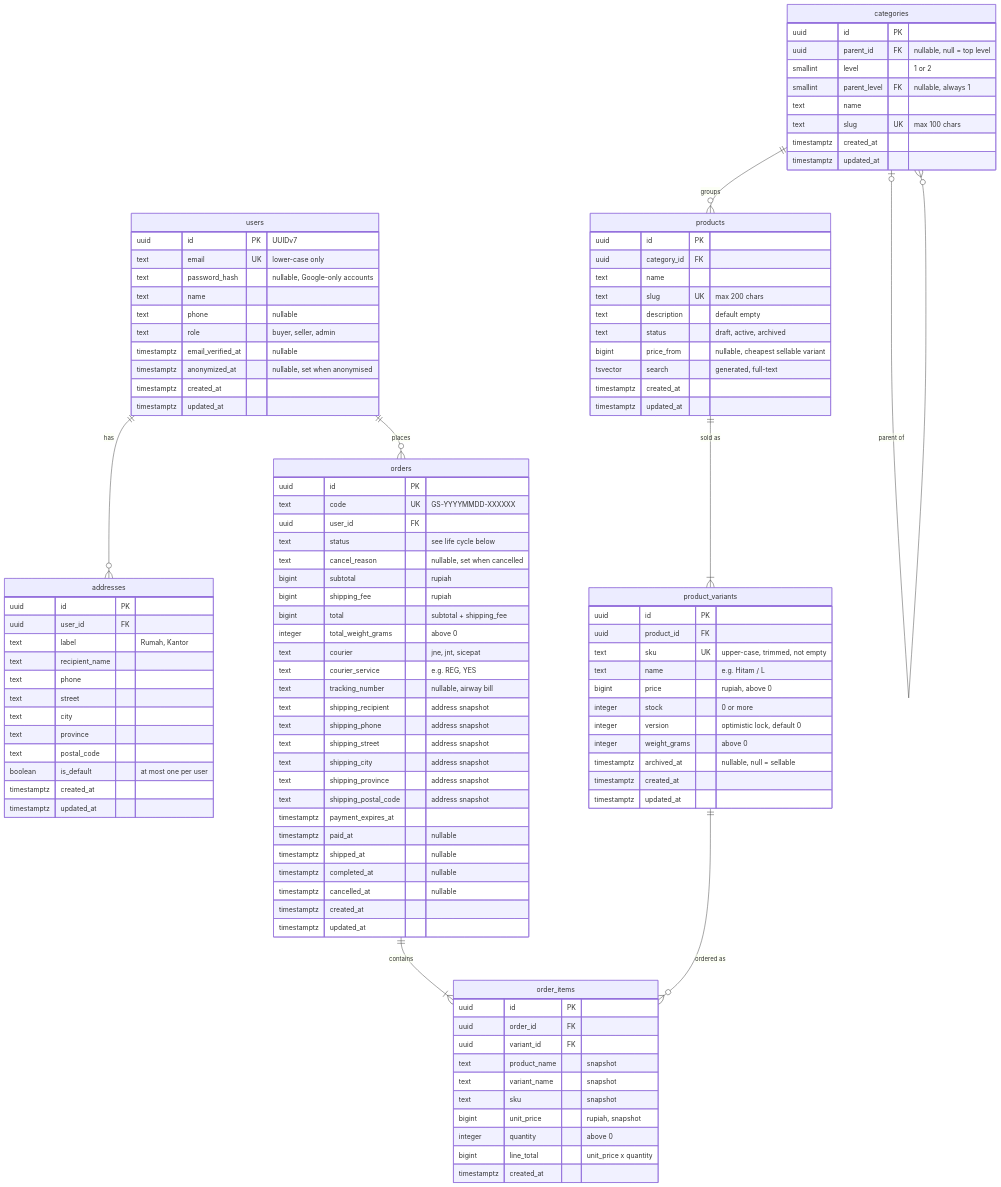
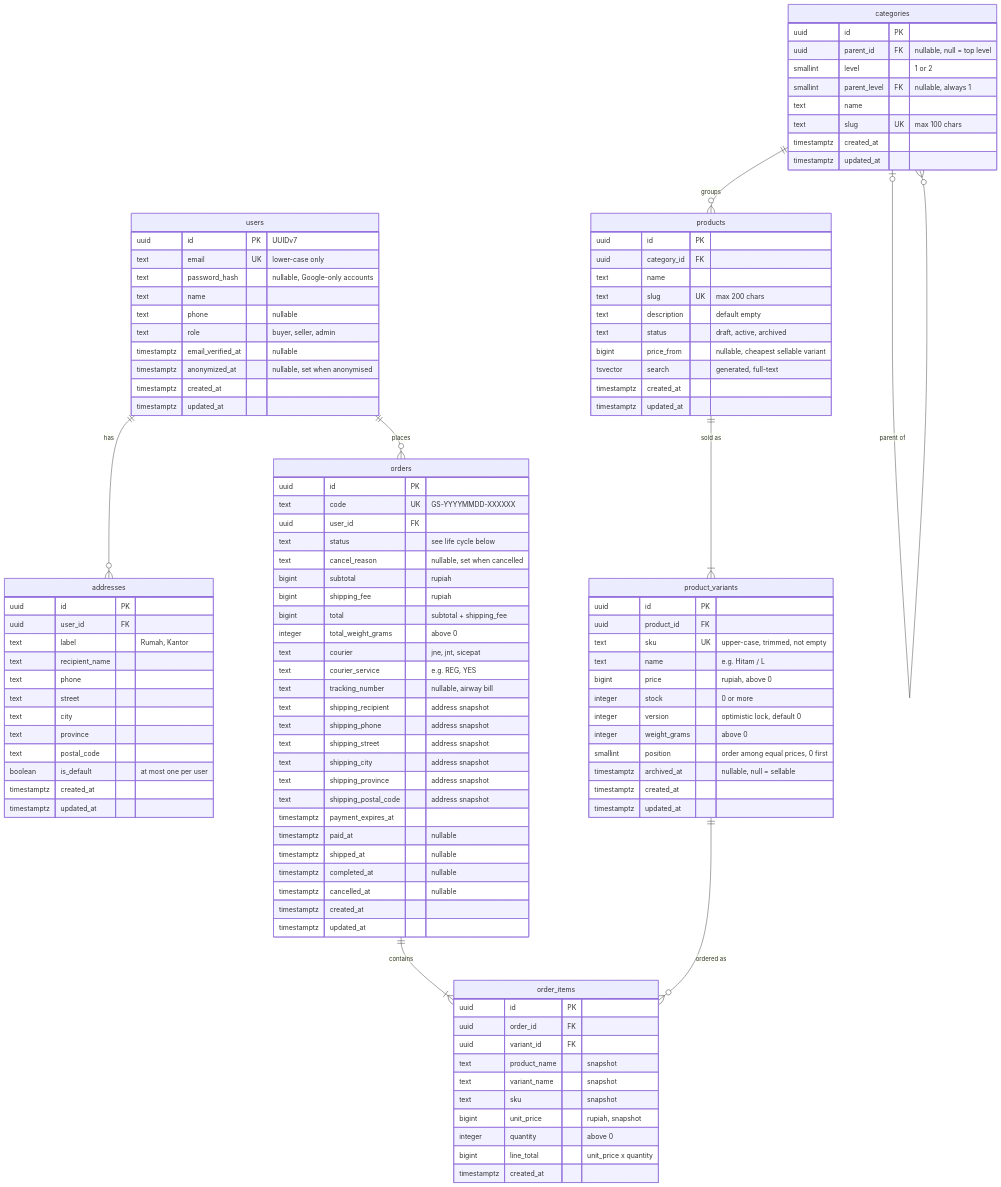
The diagram in docs/erd.md (santekno/shop-app), drawn with Mermaid before and after one commit. The commit also changed other lines of this file and 2 other files, not shown here.

First line of the commit message:
feat(bab-3/artikel-01): add the catalog schema migration

```diff
--- a/docs/erd.md
+++ b/docs/erd.md
@@ -75,6 +83,7 @@
         integer stock "0 or more"
         integer version "optimistic lock, default 0"
         integer weight_grams "above 0"
+        smallint position "order among equal prices, 0 first"
         timestamptz archived_at "nullable, null = sellable"
         timestamptz created_at
         timestamptz updated_at
```
